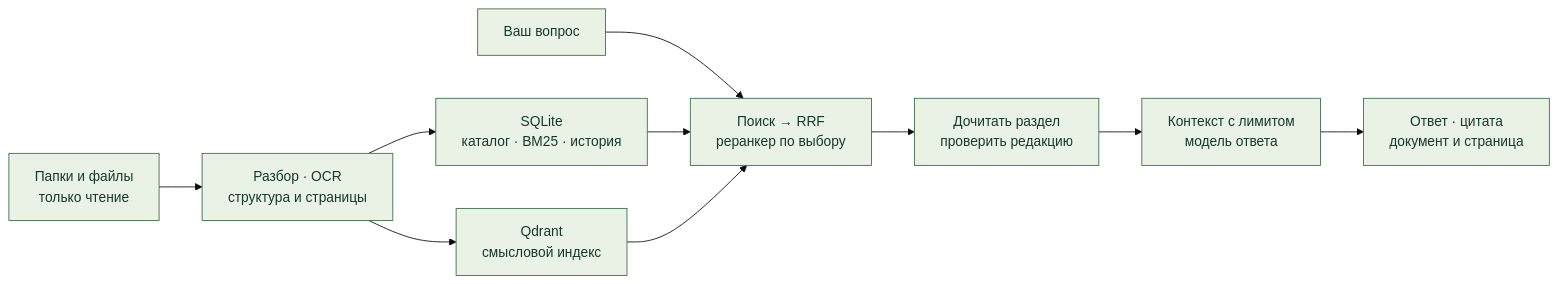
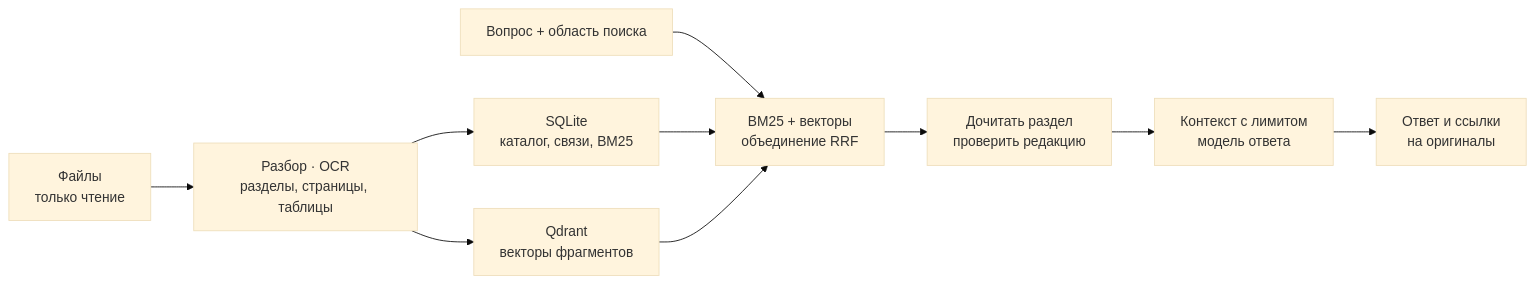
The diagram in README.md (proovcme/LES), drawn with Mermaid (base theme) before and after one commit. The commit also changed other lines of this file and 21 other files, not shown here.

````diff
--- a/README.md
+++ b/README.md
@@ -60,14 +10,12 @@
 ```mermaid
 flowchart LR
-    A["Папки и файлы<br/>только чтение"] --> B["Разбор · OCR<br/>структура и страницы"]
-    B --> C["SQLite<br/>каталог · BM25 · история"]
-    B --> D["Qdrant<br/>смысловой индекс"]
-    Q["Ваш вопрос"] --> E["Поиск → RRF<br/>реранкер по выбору"]
+    A["Файлы<br/>только чтение"] --> B["Разбор · OCR<br/>разделы, страницы, таблицы"]
+    B --> C["SQLite<br/>каталог, связи, BM25"]
+    B --> D["Qdrant<br/>векторы фрагментов"]
+    Q["Вопрос + область поиска"] --> E["BM25 + векторы<br/>объединение RRF"]
     C --> E
     D --> E
     E --> F["Дочитать раздел<br/>проверить редакцию"]
     F --> G["Контекст с лимитом<br/>модель ответа"]
-    G --> H["Ответ · цитата<br/>документ и страница"]
-    classDef forest fill:#eaf2e6,stroke:#386b46,color:#153b28
-    class A,B,C,D,Q,E,F,G,H forest
+    G --> H["Ответ и ссылки<br/>на оригиналы"]
 ```
````
